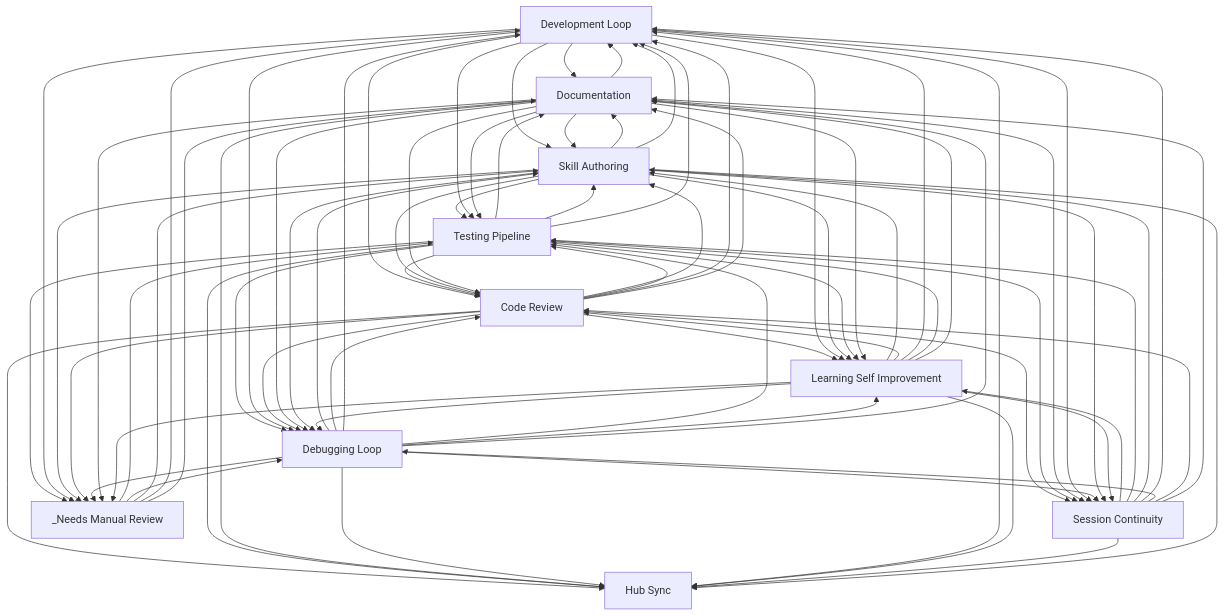
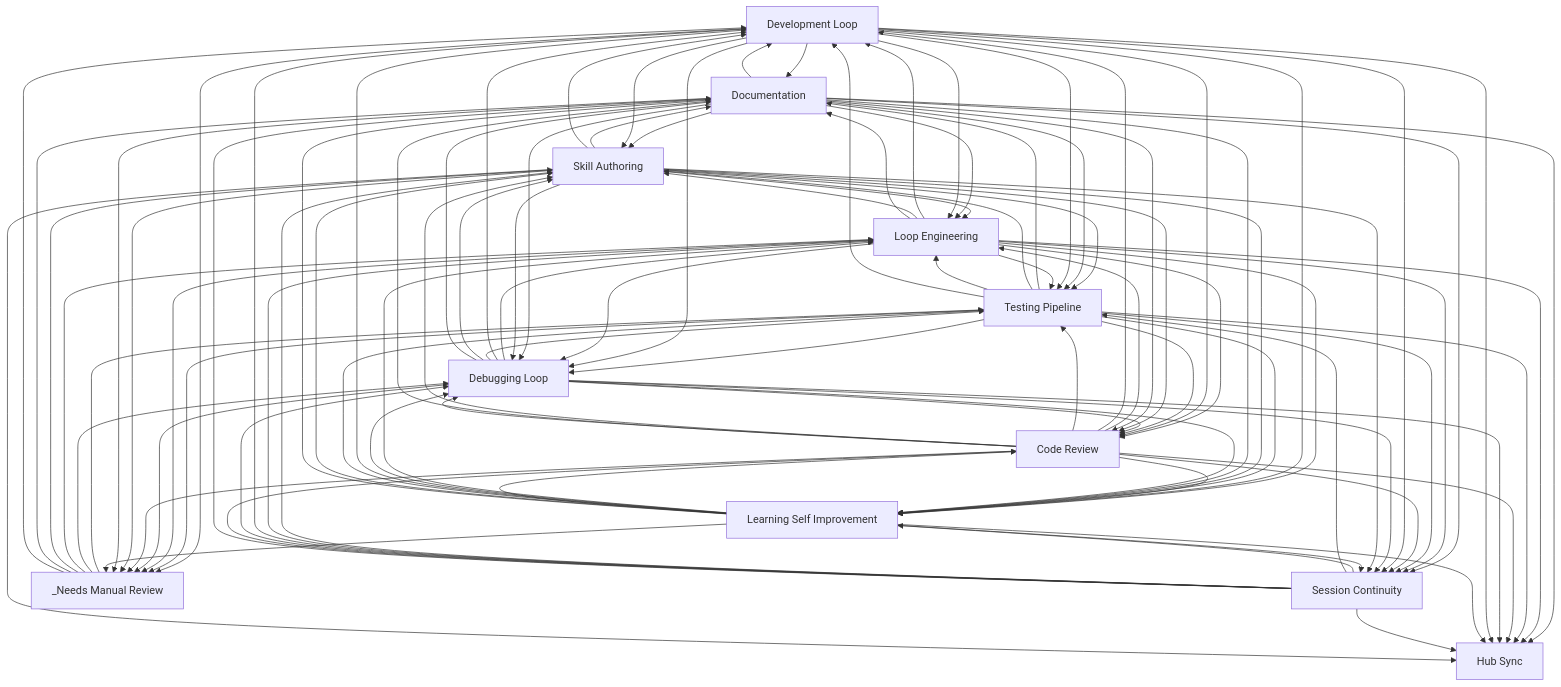
Before and after one commit to abhayla/claude-best-practices: the diagram in docs/workflows/INDEX.md, drawn with Mermaid. The commit also changed other lines of this file and 25 other files, not shown here.

````diff
--- a/docs/workflows/INDEX.md
+++ b/docs/workflows/INDEX.md
@@ -22,6 +23,7 @@
 ```mermaid
 graph TD
     development_loop[Development Loop]
+    loop_engineering[Loop Engineering]
     testing_pipeline[Testing Pipeline]
     debugging_loop[Debugging Loop]
     learning_self_improvement[Learning Self Improvement]
@@ -32,79 +34,98 @@
     hub_sync[Hub Sync]
     _needs_manual_review[_Needs Manual Review]
     skill_authoring --> documentation
+    development_loop --> documentation
     testing_pipeline --> documentation
-    development_loop --> documentation
+    skill_authoring --> loop_engineering
     skill_authoring --> testing_pipeline
+    documentation --> skill_authoring
+    documentation --> loop_engineering
+    documentation --> testing_pipeline
+    development_loop --> skill_authoring
+    development_loop --> loop_engineering
+    development_loop --> testing_pipeline
     testing_pipeline --> skill_authoring
-    development_loop --> skill_authoring
-    development_loop --> testing_pipeline
-    documentation --> skill_authoring
-    documentation --> testing_pipeline
+    testing_pipeline --> loop_engineering
+    loop_engineering --> development_loop
+    loop_engineering --> testing_pipeline
+    loop_engineering --> code_review
+    loop_engineering --> skill_authoring
+    development_loop --> code_review
+    code_review --> loop_engineering
+    code_review --> development_loop
+    code_review --> testing_pipeline
     code_review --> skill_authoring
-    code_review --> testing_pipeline
-    code_review --> development_loop
-    development_loop --> code_review
+    loop_engineering --> learning_self_improvement
+    development_loop --> learning_self_improvement
     code_review --> learning_self_improvement
-    development_loop --> learning_self_improvement
+    testing_pipeline --> debugging_loop
+    testing_pipeline --> development_loop
     testing_pipeline --> code_review
-    testing_pipeline --> development_loop
-    testing_pipeline --> debugging_loop
-    debugging_loop --> skill_authoring
-    debugging_loop --> code_review
+    debugging_loop --> loop_engineering
     debugging_loop --> development_loop
     debugging_loop --> testing_pipeline
+    debugging_loop --> code_review
+    debugging_loop --> skill_authoring
     development_loop --> debugging_loop
     documentation --> development_loop
+    loop_engineering --> debugging_loop
+    loop_engineering --> documentation
+    skill_authoring --> development_loop
     skill_authoring --> code_review
-    skill_authoring --> development_loop
+    testing_pipeline --> learning_self_improvement
     skill_authoring --> learning_self_improvement
-    testing_pipeline --> learning_self_improvement
+    development_loop --> _needs_manual_review
     testing_pipeline --> _needs_manual_review
-    development_loop --> _needs_manual_review
+    documentation --> debugging_loop
+    documentation --> code_review
     code_review --> debugging_loop
-    documentation --> code_review
-    documentation --> debugging_loop
-    code_review --> documentation
+    documentation --> hub_sync
+    documentation --> session_continuity
+    documentation --> learning_self_improvement
+    loop_engineering --> hub_sync
+    loop_engineering --> session_continuity
+    testing_pipeline --> hub_sync
+    testing_pipeline --> session_continuity
     code_review --> hub_sync
     code_review --> session_continuity
-    testing_pipeline --> hub_sync
-    testing_pipeline --> session_continuity
-    documentation --> learning_self_improvement
-    documentation --> hub_sync
-    documentation --> session_continuity
+    code_review --> documentation
+    development_loop --> session_continuity
     session_continuity --> learning_self_improvement
     session_continuity --> testing_pipeline
-    development_loop --> session_continuity
     _needs_manual_review --> testing_pipeline
+    debugging_loop --> session_continuity
     debugging_loop --> learning_self_improvement
-    debugging_loop --> session_continuity
+    debugging_loop --> hub_sync
     debugging_loop --> documentation
-    debugging_loop --> hub_sync
     development_loop --> hub_sync
     skill_authoring --> session_continuity
     skill_authoring --> debugging_loop
     _needs_manual_review --> debugging_loop
-    learning_self_improvement --> skill_authoring
-    learning_self_improvement --> code_review
+    _needs_manual_review --> loop_engineering
+    learning_self_improvement --> loop_engineering
+    learning_self_improvement --> debugging_loop
     learning_self_improvement --> development_loop
     learning_self_improvement --> testing_pipeline
-    learning_self_improvement --> debugging_loop
+    learning_self_improvement --> code_review
+    learning_self_improvement --> skill_authoring
+    loop_engineering --> _needs_manual_review
+    debugging_loop --> _needs_manual_review
+    code_review --> _needs_manual_review
     skill_authoring --> _needs_manual_review
-    code_review --> _needs_manual_review
-    debugging_loop --> _needs_manual_review
     _needs_manual_review --> skill_authoring
+    _needs_manual_review --> documentation
     _needs_manual_review --> development_loop
-    _needs_manual_review --> documentation
     learning_self_improvement --> session_continuity
     documentation --> _needs_manual_review
     session_continuity --> skill_authoring
+    session_continuity --> loop_engineering
+    learning_self_improvement --> hub_sync
     learning_self_improvement --> documentation
-    learning_self_improvement --> hub_sync
     session_continuity --> development_loop
     session_continuity --> debugging_loop
+    session_continuity --> hub_sync
     session_continuity --> code_review
     session_continuity --> documentation
-    session_continuity --> hub_sync
     skill_authoring --> hub_sync
     learning_self_improvement --> _needs_manual_review
 ```
````
